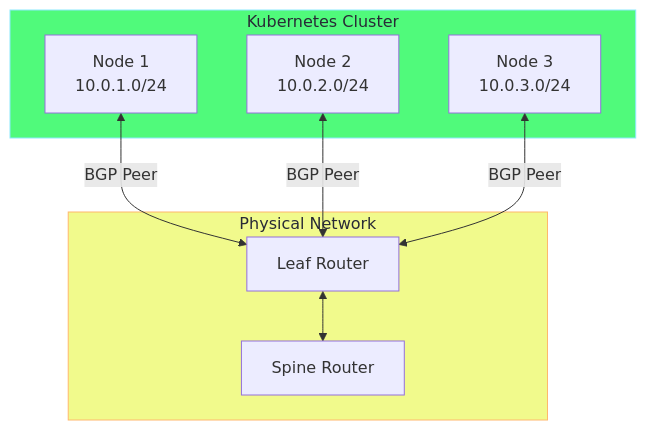
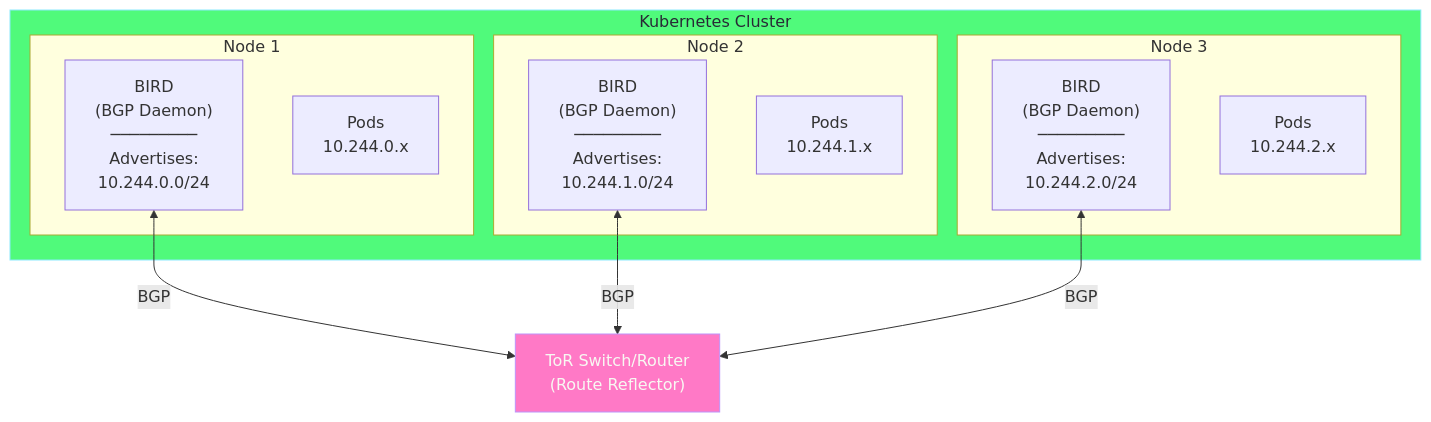
Before and after one commit to selvakumarperumal/k8s_minikube_learn: the second of 2 diagrams in cni_networking/05-cross-node-networking.md, drawn with Mermaid. The commit also changed other lines of this file and 4 other files, not shown here.

````diff
--- a/cni_networking/05-cross-node-networking.md
+++ b/cni_networking/05-cross-node-networking.md
@@ -286,21 +488,28 @@
 ```mermaid
 flowchart TB
     subgraph Cluster["Kubernetes Cluster"]
-        Node1["Node 1\n10.0.1.0/24"]
-        Node2["Node 2\n10.0.2.0/24"]
-        Node3["Node 3\n10.0.3.0/24"]
+        subgraph Node1["Node 1"]
+            BIRD1["BIRD<br/>(BGP Daemon)<br/>─────────<br/>Advertises:<br/>10.244.0.0/24"]
+            Pods1["Pods<br/>10.244.0.x"]
+        end
+        
+        subgraph Node2["Node 2"]
+            BIRD2["BIRD<br/>(BGP Daemon)<br/>─────────<br/>Advertises:<br/>10.244.1.0/24"]
+            Pods2["Pods<br/>10.244.1.x"]
+        end
+        
+        subgraph Node3["Node 3"]
+            BIRD3["BIRD<br/>(BGP Daemon)<br/>─────────<br/>Advertises:<br/>10.244.2.0/24"]
+            Pods3["Pods<br/>10.244.2.x"]
+        end
     end
     
-    subgraph Network["Physical Network"]
-        Router["Leaf Router"]
-        Spine["Spine Router"]
-    end
+    TOR["ToR Switch/Router<br/>(Route Reflector)"]
     
-    Node1 <-->|"BGP Peer"| Router
-    Node2 <-->|"BGP Peer"| Router
-    Node3 <-->|"BGP Peer"| Router
-    Router <--> Spine
+    BIRD1 <-->|"BGP"| TOR
+    BIRD2 <-->|"BGP"| TOR
+    BIRD3 <-->|"BGP"| TOR
     
     style Cluster fill:#50fa7b,stroke:#8be9fd,color:#282a36
-    style Network fill:#f1fa8c,stroke:#ffb86c,color:#282a36
+    style TOR fill:#ff79c6,stroke:#bd93f9,color:#f8f8f2
 ```
````
